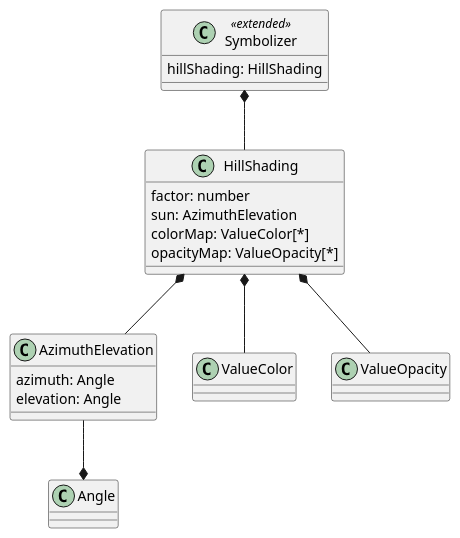
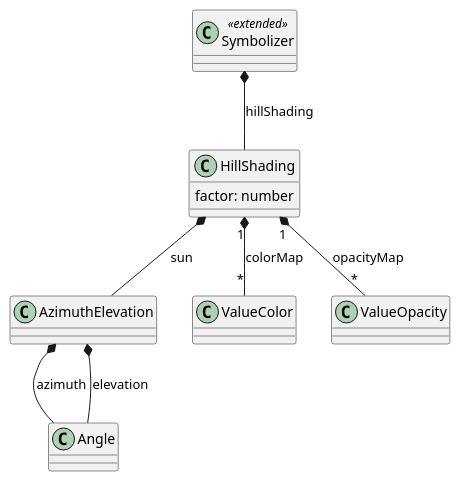
The second of 2 diagrams in 1-core/sections/clause_9_coverage.adoc (opengeospatial/cartographic-symbology), drawn with PlantUML before and after one commit. The commit also changed other lines of this file and 2 other files, not shown here.

Commit message:
Vector, coverage and labeling UML: show the listed properties as associations only

```diff
--- a/1-core/sections/clause_9_coverage.adoc
+++ b/1-core/sections/clause_9_coverage.adoc
@@ -118,20 +114,15 @@
 [plantuml, target=diagram-classes, format=png]
 ....
 @startuml
-AzimuthElevation : azimuth: Angle
-AzimuthElevation : elevation: Angle
-AzimuthElevation --* Angle
+AzimuthElevation *-- Angle : azimuth
+AzimuthElevation *-- Angle : elevation
 
 HillShading : factor: number
-HillShading : sun: AzimuthElevation
-HillShading : colorMap: ValueColor[*]
-HillShading : opacityMap: ValueOpacity[*]
-HillShading *-- AzimuthElevation
-HillShading *-- ValueColor
-HillShading *-- ValueOpacity
+HillShading *-- AzimuthElevation : sun
+HillShading "1" *-- "*" ValueColor : colorMap
+HillShading "1" *-- "*" ValueOpacity : opacityMap
 
 class Symbolizer <<extended>>
-Symbolizer : hillShading: HillShading
-Symbolizer *-- HillShading
+Symbolizer *-- HillShading : hillShading
 @enduml
 ....
```
